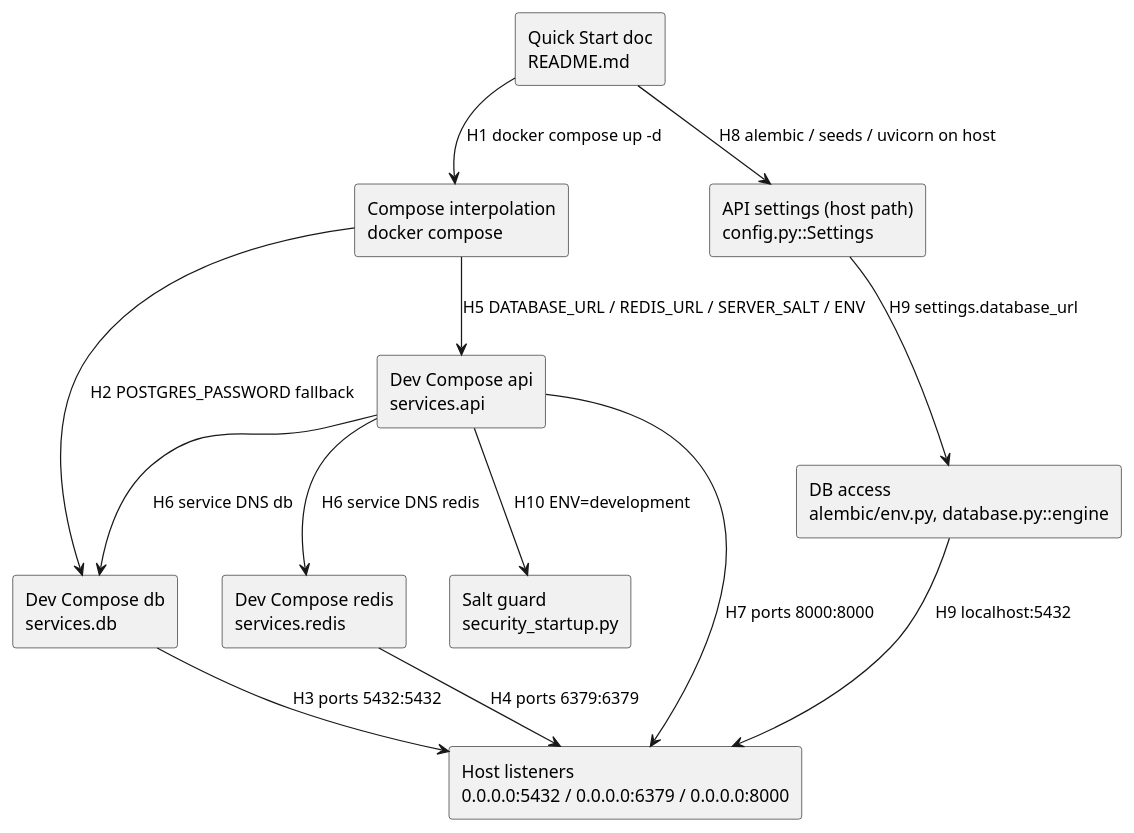
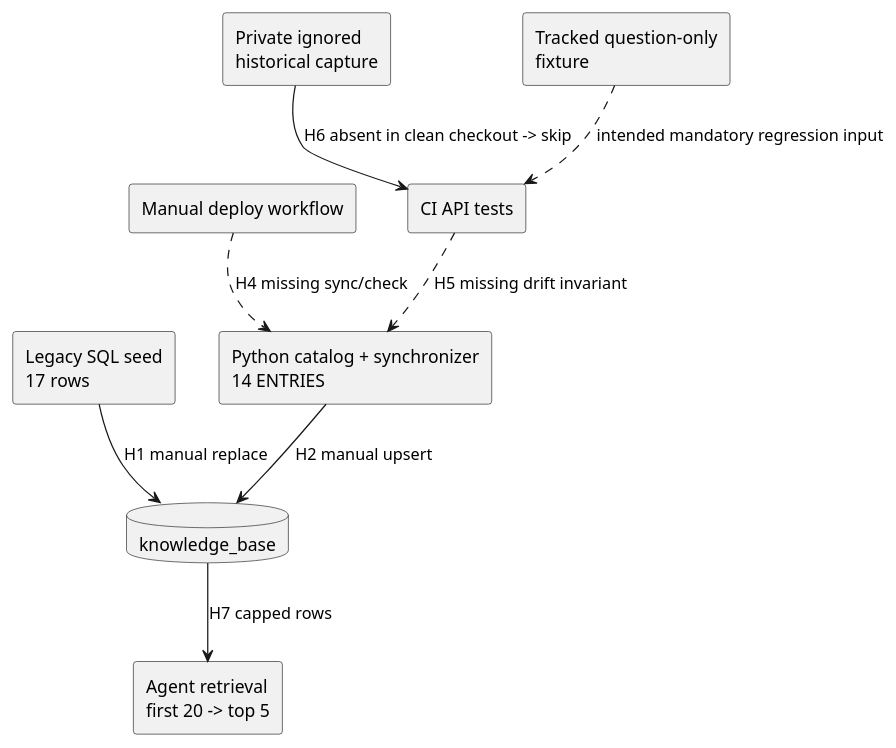
Before and after one commit to NeaBouli/pnyx: the second of 2 diagrams in docs/architecture/map.puml, drawn with PlantUML. The commit also changed other lines of this file and 2 other files, not shown here.

Commit message:
docs(architecture): map KB refresh lifecycle

```diff
--- a/docs/architecture/map.puml
+++ b/docs/architecture/map.puml
@@ -26,26 +25,19 @@
 @startuml
-' Component diagram — arrows only for hops on the trace
 skinparam componentStyle rectangle
-component "Quick Start doc\nREADME.md" as README
-component "Compose interpolation\ndocker compose" as INTERP
-component "Dev Compose db\nservices.db" as DB
-component "Dev Compose redis\nservices.redis" as REDIS
-component "Dev Compose api\nservices.api" as API
-component "API settings (host path)\nconfig.py::Settings" as SETTINGS
-component "DB access\nalembic/env.py, database.py::engine" as DBACCESS
-component "Salt guard\nsecurity_startup.py" as GUARD
-component "Host listeners\n0.0.0.0:5432 / 0.0.0.0:6379 / 0.0.0.0:8000" as HOST
+component "Legacy SQL seed\n17 rows" as SQL
+component "Python catalog + synchronizer\n14 ENTRIES" as PY
+database "knowledge_base" as DB
+component "Manual deploy workflow" as DEPLOY
+component "CI API tests" as CI
+component "Private ignored\nhistorical capture" as PRIVATE
+component "Tracked question-only\nfixture" as FIXTURE
+component "Agent retrieval\nfirst 20 -> top 5" as RAG
 
-README --> INTERP : H1 docker compose up -d
-INTERP --> DB : H2 POSTGRES_PASSWORD fallback
-INTERP --> API : H5 DATABASE_URL / REDIS_URL / SERVER_SALT / ENV
-DB --> HOST : H3 ports 5432:5432
-REDIS --> HOST : H4 ports 6379:6379
-API --> HOST : H7 ports 8000:8000
-API --> DB : H6 service DNS db
-API --> REDIS : H6 service DNS redis
-README --> SETTINGS : H8 alembic / seeds / uvicorn on host
-SETTINGS --> DBACCESS : H9 settings.database_url
-DBACCESS --> HOST : H9 localhost:5432
-API --> GUARD : H10 ENV=development
+SQL --> DB : H1 manual replace
+PY --> DB : H2 manual upsert
+DEPLOY ..> PY : H4 missing sync/check
+CI ..> PY : H5 missing drift invariant
+PRIVATE --> CI : H6 absent in clean checkout -> skip
+FIXTURE ..> CI : intended mandatory regression input
+DB --> RAG : H7 capped rows
 @enduml
```
